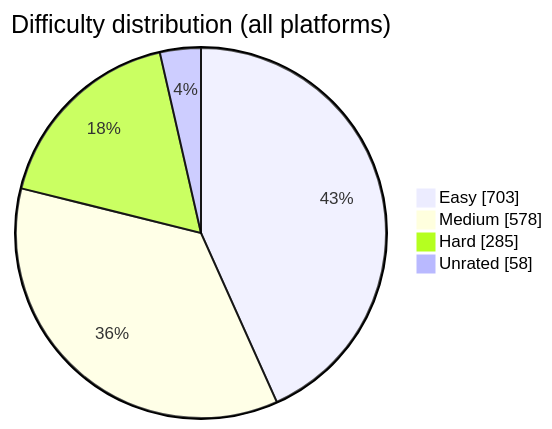
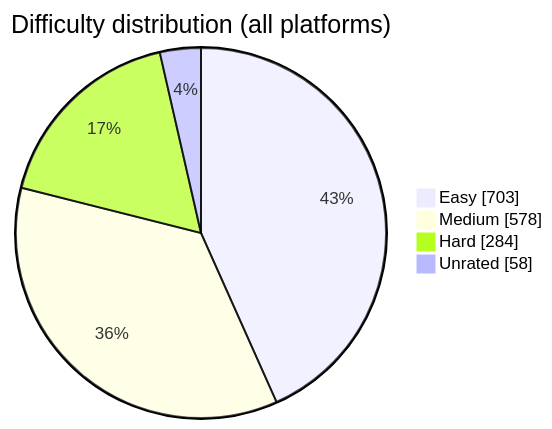
One commit to BuildbyArindam/Daily-Coding-Log changed the diagram in README.md. Above: the diagram before and after it, drawn with Mermaid. The commit also changed other lines of this file, not shown here.

````diff
--- a/README.md
+++ b/README.md
@@ -93,7 +93,7 @@
 ```mermaid
 pie showData title Difficulty distribution (all platforms)
     "Easy" : 703
     "Medium" : 578
-    "Hard" : 285
+    "Hard" : 284
     "Unrated" : 58
 ```
````
